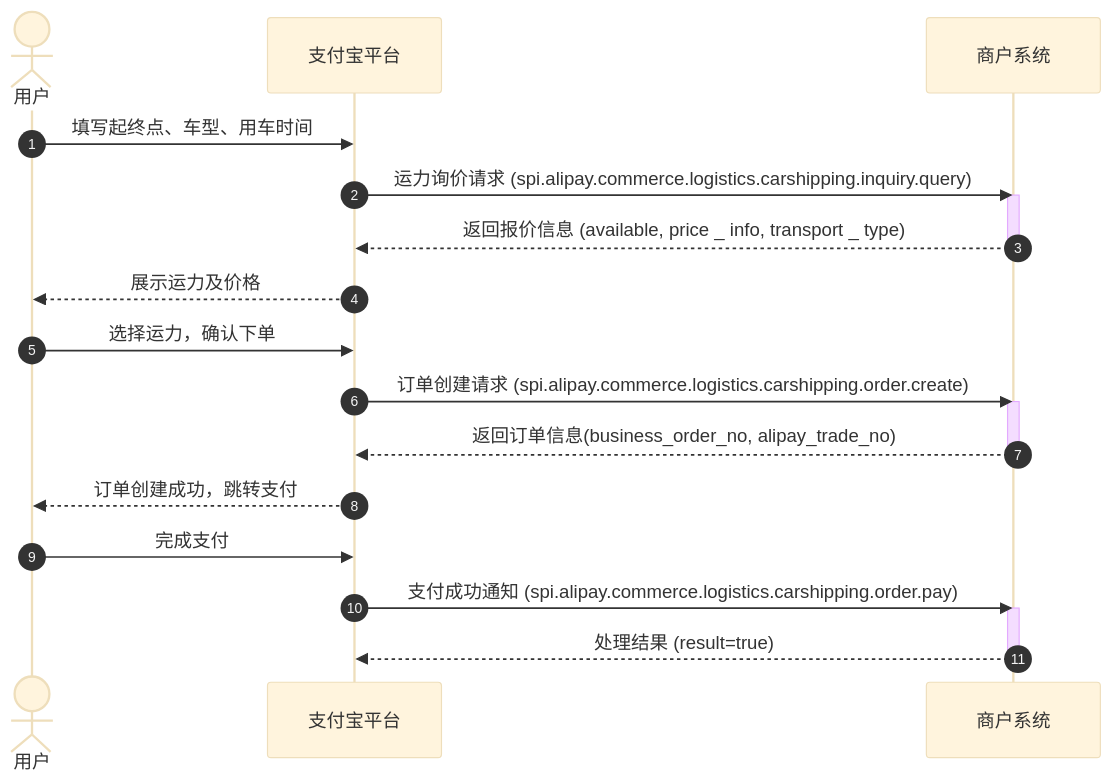
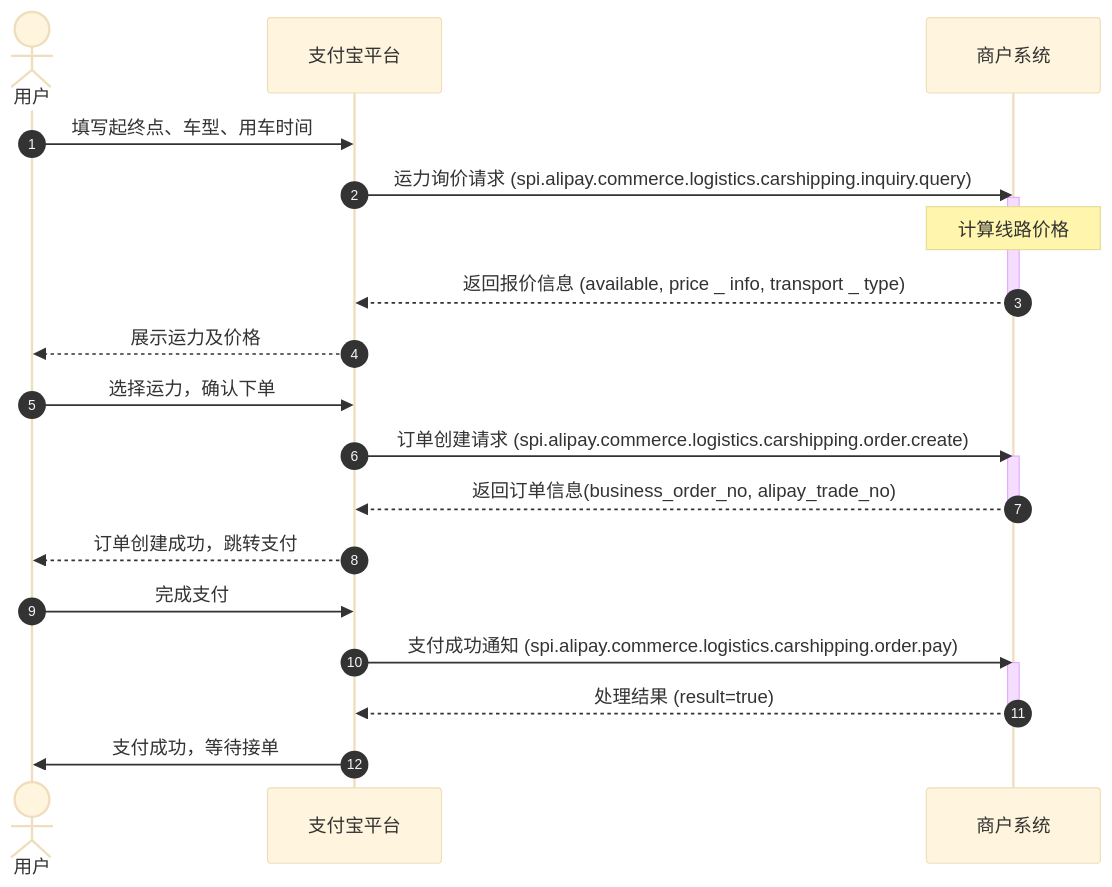
The diagram in notes/test_dba1b258-be6a-414c-9967-aedbcccfa44f.md (pingpm/mermaid_vault), drawn with Mermaid (base theme) before and after one commit. The commit also changed 2 other files, not shown here.

Commit message:
Sync Mermaid Studio data (8 diagrams)

````diff
--- a/notes/test_dba1b258-be6a-414c-9967-aedbcccfa44f.md
+++ b/notes/test_dba1b258-be6a-414c-9967-aedbcccfa44f.md
@@ -3,25 +3,27 @@
 ```mermaid
 sequenceDiagram
   autonumber
   actor p0 as 用户
   participant p1 as 支付宝平台
   participant p2 as 商户系统
   p0->>p1: 填写起终点、⻋型、⽤⻋时间
   p1->>p2: 运⼒询价请求 (spi.alipay.commerce.logistics.carshipping.inquiry.query)
   activate p2
+  Note over p2: 计算线路价格
   p2-->>p1: 返回报价信息 (available, price _ info, transport _ type)
   deactivate p2
   p1-->>p0: 展示运⼒及价格
   p0->>p1: 选择运⼒，确认下单
   p1->>p2: 订单创建请求 (spi.alipay.commerce.logistics.carshipping.order.create)
   activate p2
   p2-->>p1: 返回订单信息(business_order_no, alipay_trade_no)
   deactivate p2
   p1-->>p0: 订单创建成功，跳转⽀付
   p0->>p1: 完成⽀付
   p1->>p2: ⽀付成功通知 (spi.alipay.commerce.logistics.carshipping.order.pay)
   activate p2
   p2-->>p1: 处理结果 (result=true)
   deactivate p2
+  p1->>p0: ⽀付成功，等待接单
 
 ```
````
